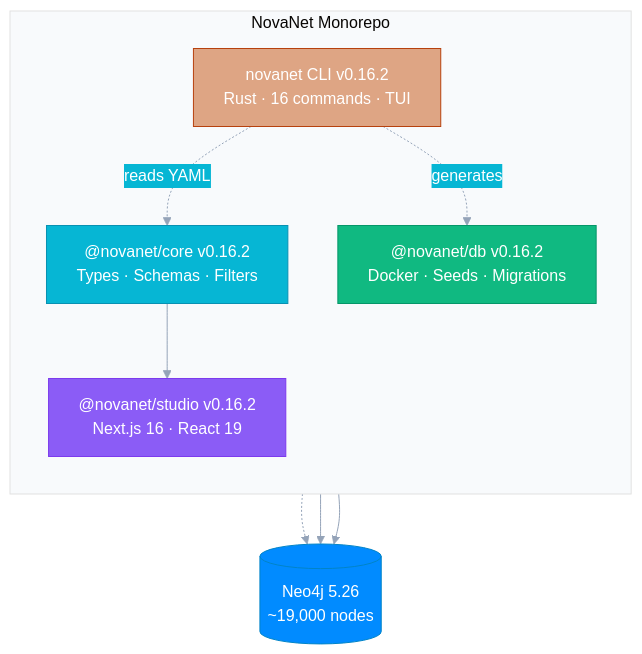
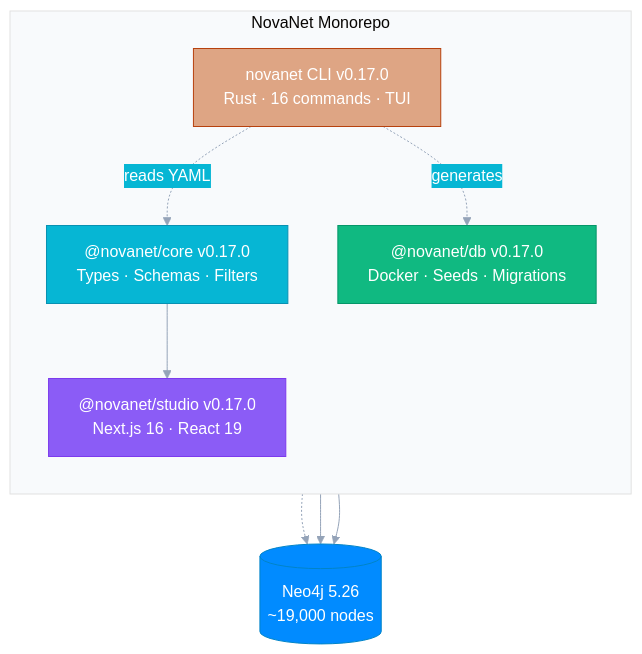
One commit to supernovae-st/novanet changed the diagram in README.md. Above: the diagram before and after it, drawn with Mermaid. The commit also changed other lines of this file and 7 other files, not shown here.

````diff
--- a/README.md
+++ b/README.md
@@ -46,33 +46,33 @@
 ```mermaid
 %%{init: {'theme': 'base', 'themeVariables': {
   'primaryColor': '#6366f1',
   'primaryTextColor': '#fff',
   'primaryBorderColor': '#4f46e5',
   'lineColor': '#94a3b8',
   'secondaryColor': '#06b6d4',
   'tertiaryColor': '#f8fafc'
 }}}%%
 flowchart TB
     subgraph MONO["NovaNet Monorepo"]
         direction TB
-        CORE["@novanet/core v0.16.2\nTypes · Schemas · Filters"]
-        DB["@novanet/db v0.16.2\nDocker · Seeds · Migrations"]
-        STUDIO["@novanet/studio v0.16.2\nNext.js 16 · React 19"]
-        RUST["novanet CLI v0.16.2\nRust · 16 commands · TUI"]
+        CORE["@novanet/core v0.17.0\nTypes · Schemas · Filters"]
+        DB["@novanet/db v0.17.0\nDocker · Seeds · Migrations"]
+        STUDIO["@novanet/studio v0.17.0\nNext.js 16 · React 19"]
+        RUST["novanet CLI v0.17.0\nRust · 16 commands · TUI"]
     end
 
     CORE --> STUDIO
     RUST -.->|reads YAML| CORE
     RUST -.->|generates| DB
 
     NEO4J[("Neo4j 5.26\n~19,000 nodes")]
     DB -.-> NEO4J
     STUDIO --> NEO4J
     RUST --> NEO4J
 
     style CORE fill:#06b6d4,stroke:#0891b2,color:#fff
     style DB fill:#10b981,stroke:#059669,color:#fff
     style STUDIO fill:#8b5cf6,stroke:#7c3aed,color:#fff
     style RUST fill:#DEA584,stroke:#B7410E,color:#fff
     style NEO4J fill:#018bff,stroke:#0284c7,color:#fff
 ```
````
